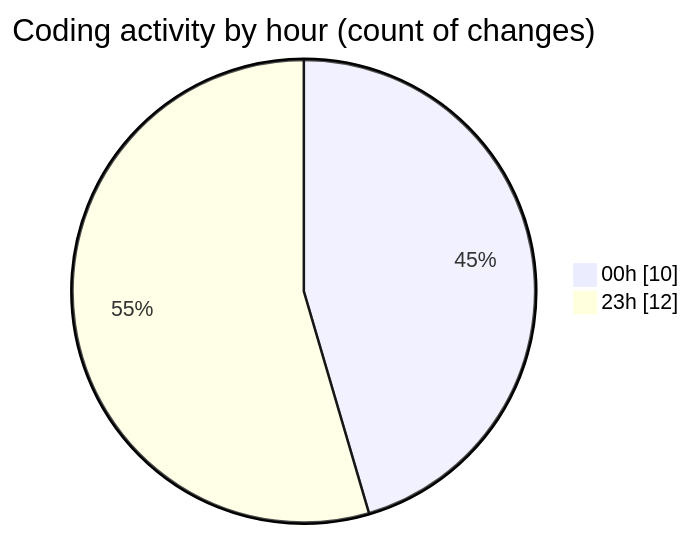
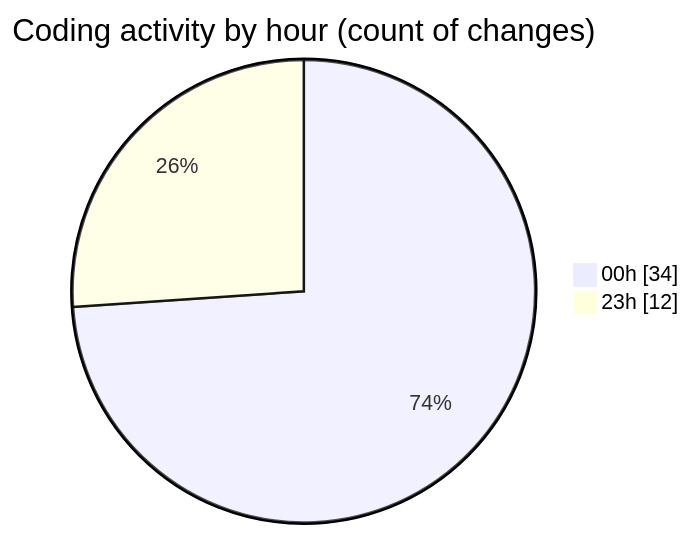
The second of 2 diagrams in 2025-07-17/mern-workoutboard/README.md (Ritupan-Deka/code-tracking), drawn with Mermaid before and after one commit. The commit also changed other lines of this file and 1 other file, not shown here.

````diff
--- a/2025-07-17/mern-workoutboard/README.md
+++ b/2025-07-17/mern-workoutboard/README.md
@@ -29,6 +29,6 @@
 ```mermaid
 pie showData
 title Coding activity by hour (count of changes)
-"00h" : 10
+"00h" : 34
 "23h" : 12
 ```
````
